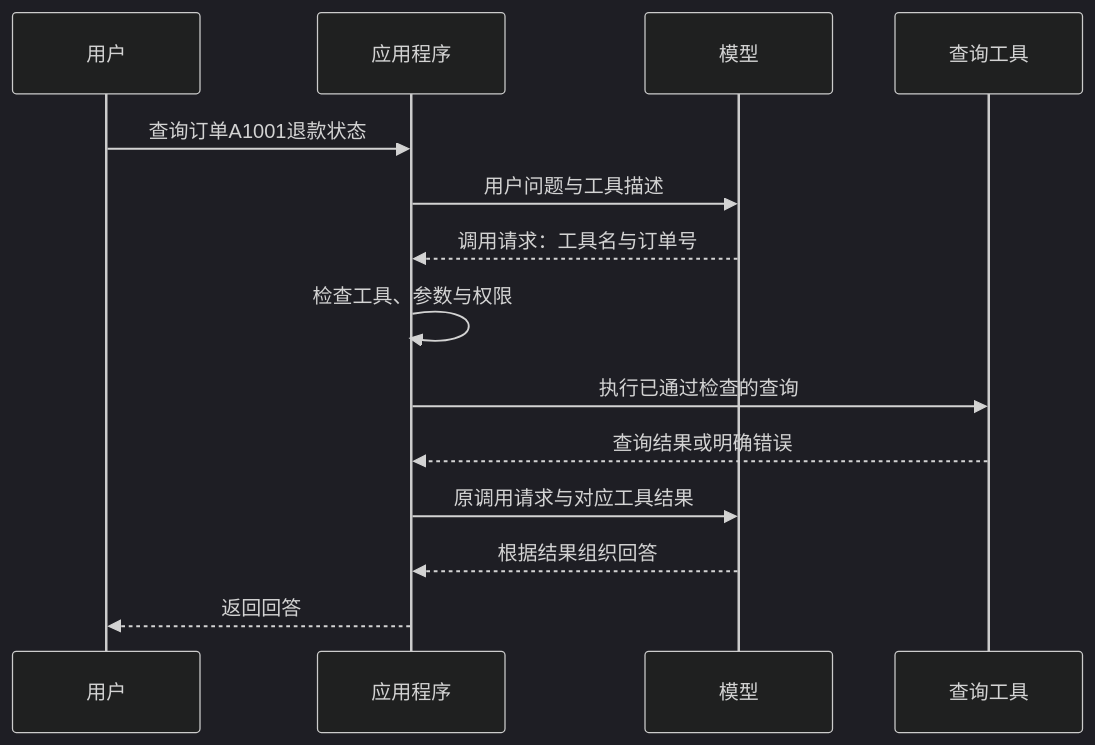
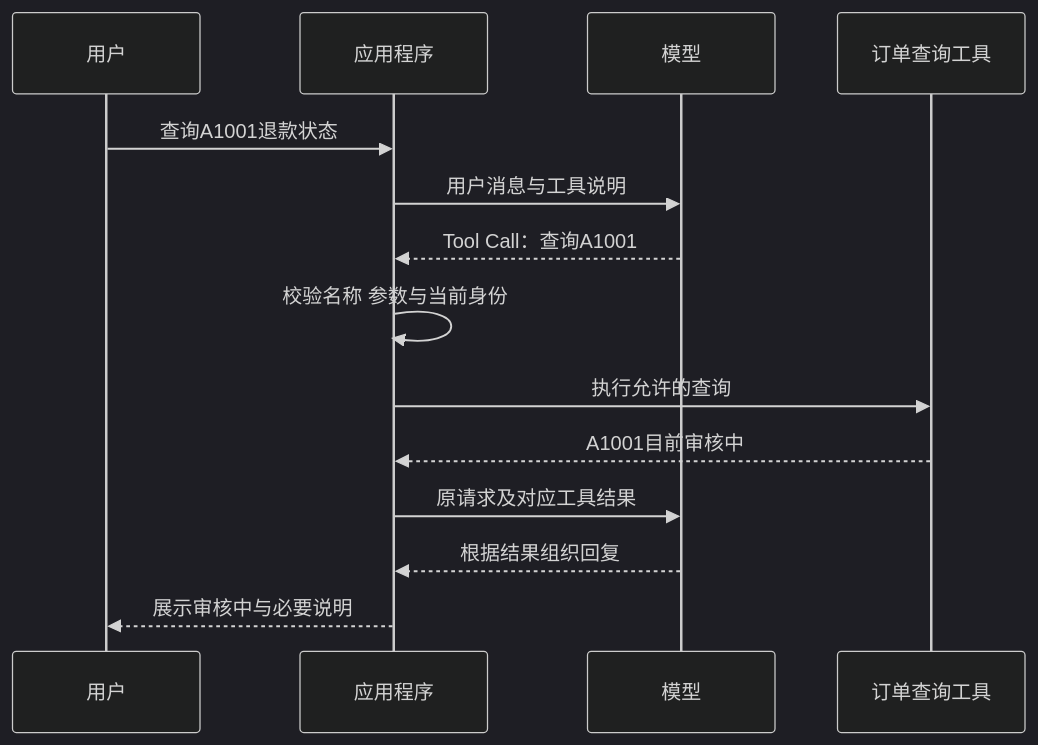
One commit to benx92/ai-learning-notes changed the first of 2 diagrams in 15-FunctionCalling和ToolCall让模型从回答走向行动.md. Above: the diagram before and after it, drawn with Mermaid (dark theme). The commit also changed other lines of this file and 43 other files, not shown here.

````diff
--- a/15-FunctionCalling和ToolCall让模型从回答走向行动.md
+++ b/15-FunctionCalling和ToolCall让模型从回答走向行动.md
@@ -63,16 +34,16 @@
 ```mermaid
 sequenceDiagram
     participant U as 用户
     participant A as 应用程序
     participant M as 模型
-    participant T as 查询工具
-    U->>A: 查询订单A1001退款状态
-    A->>M: 用户问题与工具描述
-    M-->>A: 调用请求：工具名与订单号
-    A->>A: 检查工具、参数与权限
-    A->>T: 执行已通过检查的查询
-    T-->>A: 查询结果或明确错误
-    A->>M: 原调用请求与对应工具结果
-    M-->>A: 根据结果组织回答
-    A-->>U: 返回回答
+    participant T as 订单查询工具
+    U->>A: 查询A1001退款状态
+    A->>M: 用户消息与工具说明
+    M-->>A: Tool Call：查询A1001
+    A->>A: 校验名称 参数与当前身份
+    A->>T: 执行允许的查询
+    T-->>A: A1001目前审核中
+    A->>M: 原请求及对应工具结果
+    M-->>A: 根据结果组织回复
+    A-->>U: 展示审核中与必要说明
 ```
````
